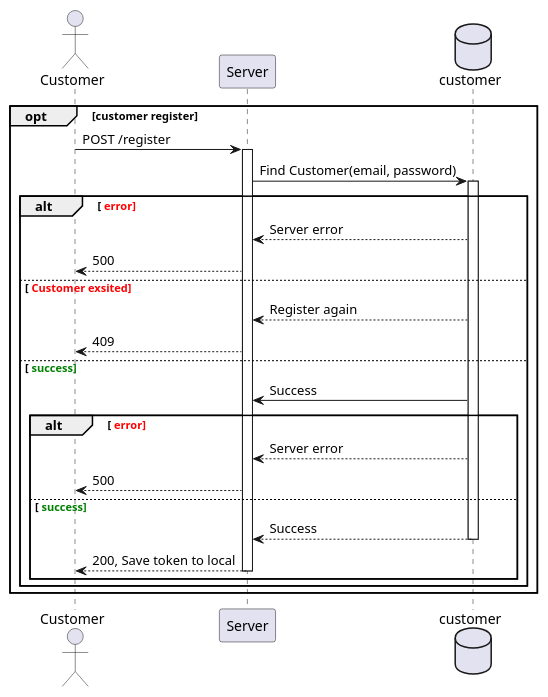
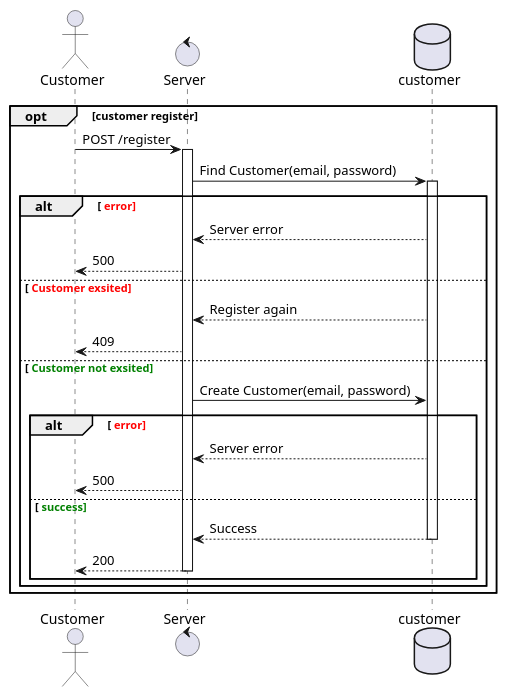
One commit to thang0206/SET_Test-Backend changed the diagram in Study/docs/sequenceDiagram/customer-register.plantuml. Above: the diagram before and after it, drawn with PlantUML. The commit also changed 5 other files, not shown here.

Commit message:
fix sequence diagram

```diff
--- a/Study/docs/sequenceDiagram/customer-register.plantuml
+++ b/Study/docs/sequenceDiagram/customer-register.plantuml
@@ -1,35 +1,35 @@
 @startuml register
     actor Customer
-    participant Server
+    control Server
     database customer
 
     opt customer register
         Customer -> Server: POST /register
         activate Server
         Server -> customer: Find Customer(email, password)
         activate customer
 
         alt <font color=Red> error
             Server <-- customer: Server error 
             Customer <-- Server: 500
 
         else <font color=Red> Customer exsited
             Server <-- customer: Register again
             Customer <-- Server: 409
 
-        else <font color=Green> success 
-            Server <- customer: Success 
+        else <font color=Green> Customer not exsited 
+            Server -> customer: Create Customer(email, password) 
             alt <font color=Red> error
                 Server <-- customer: Server error
                 Customer <-- Server: 500
 
             else <font color=Green> success
                 Server <-- customer: Success
                 deactivate customer
-                Customer <-- Server: 200, Save token to local
+                Customer <-- Server: 200
                 deactivate Server
             end
         end 
     end
 
 @enduml
```
